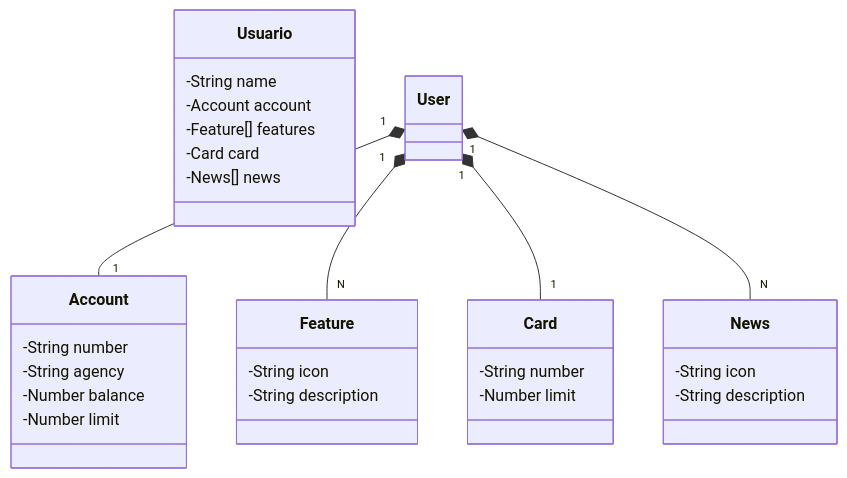
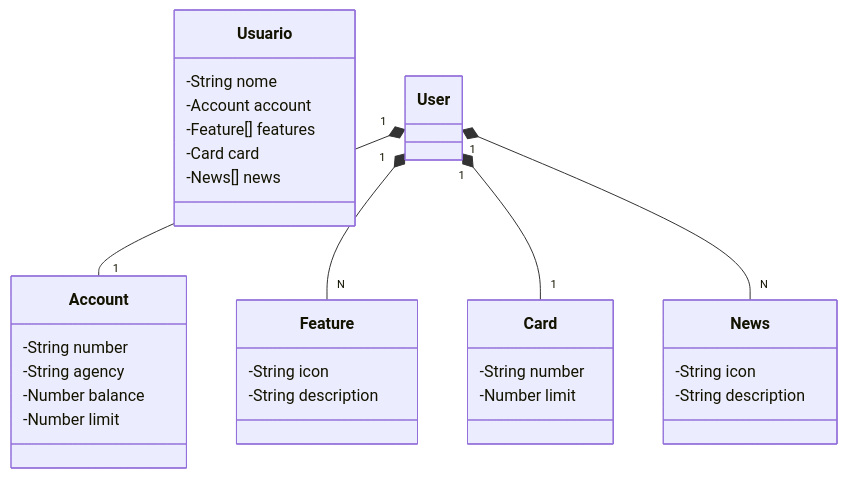
The diagram in README.md (Mirilice/santander-dev-week-2023), drawn with Mermaid before and after one commit.

````diff
--- a/README.md
+++ b/README.md
@@ -19,37 +19,37 @@
 ```mermaid
 classDiagram
   class Usuario {
-    -String name
+    -String nome
     -Account account
     -Feature[] features
     -Card card
     -News[] news
   }
 
   class Account {
     -String number
     -String agency
     -Number balance
     -Number limit
   }
 
   class Feature {
     -String icon
     -String description
   }
 
   class Card {
     -String number
     -Number limit
   }
 
   class News {
     -String icon
     -String description
   }
 
   User "1" *-- "1" Account
   User "1" *-- "N" Feature
   User "1" *-- "1" Card
   User "1" *-- "N" News
 ```
````
